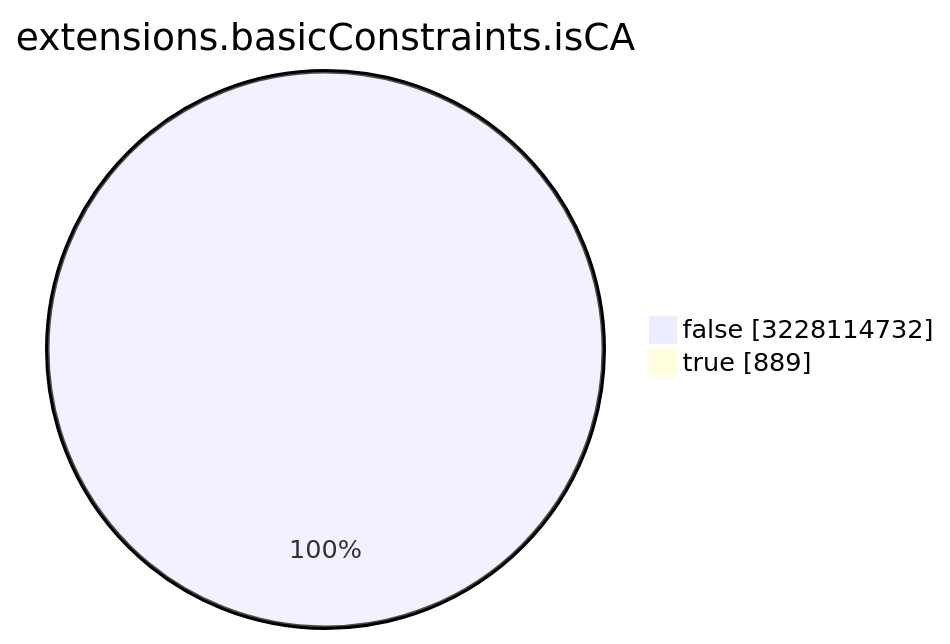
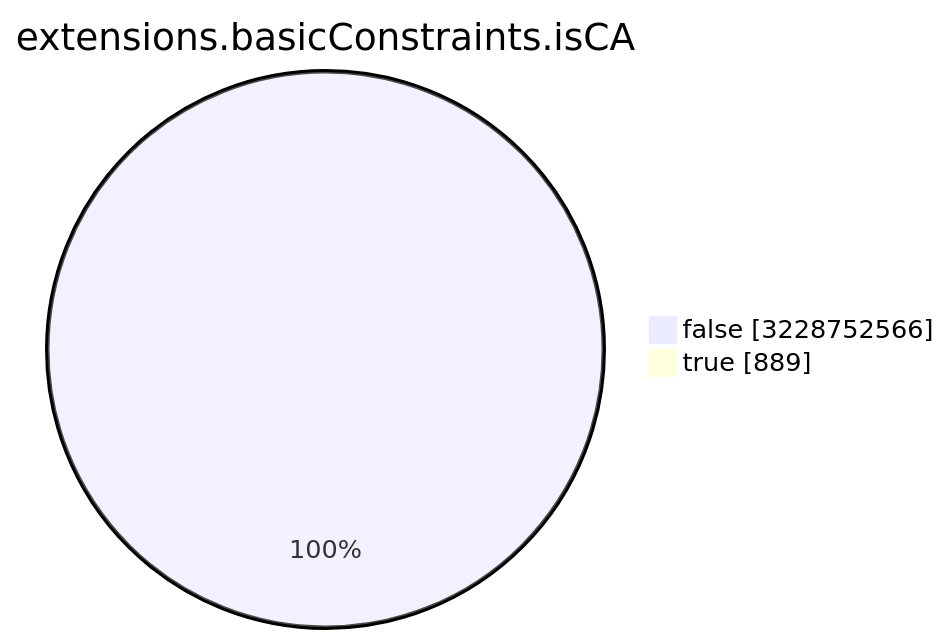
The seventh of 15 diagrams in TOTAL/README.md (christiankrug/ctmonitor_visualization), drawn with Mermaid before and after one commit. The commit also changed other lines of this file, not shown here.

````diff
--- a/TOTAL/README.md
+++ b/TOTAL/README.md
@@ -3088,6 +3088,6 @@
 ```mermaid
 pie showData
 title extensions.basicConstraints.isCA
-"false" :3228114732
+"false" :3228752566
 "true" :889
 ```
````
